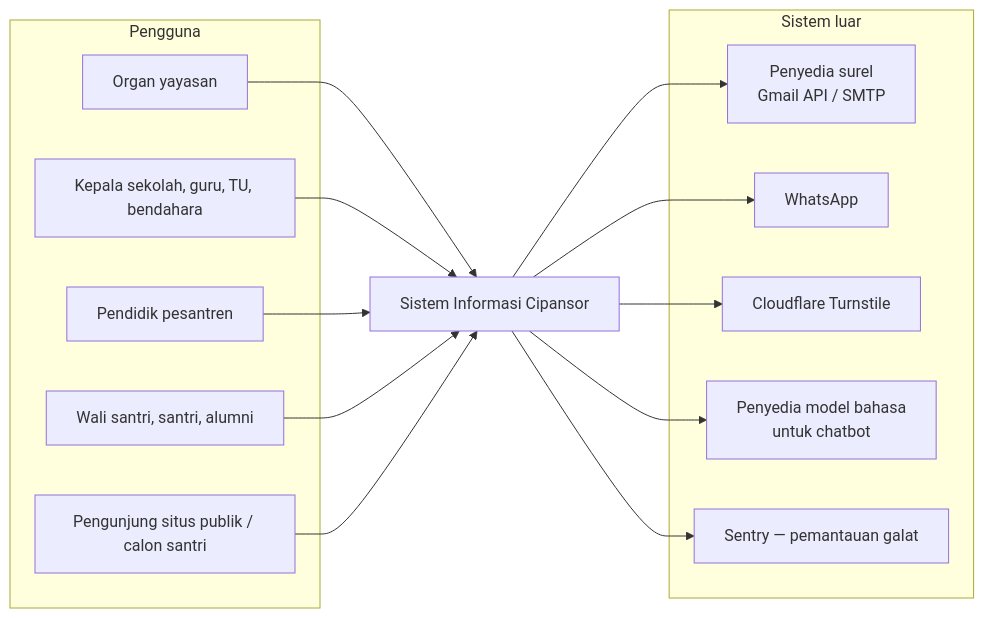
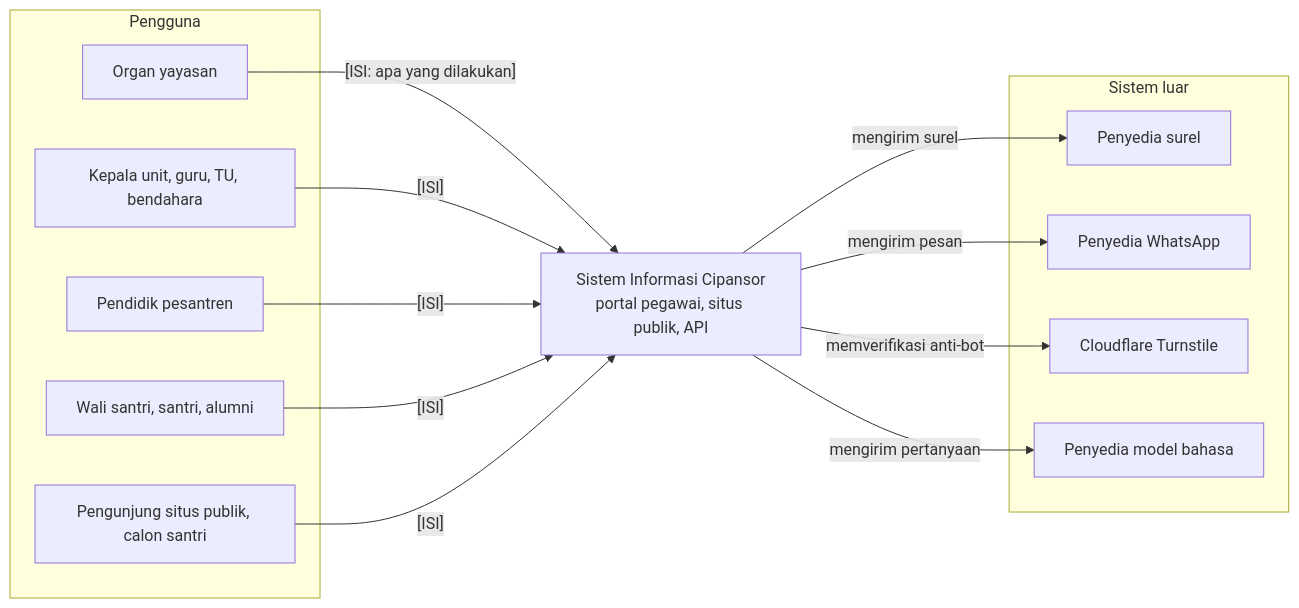
The first of 6 diagrams in .claude/skills/dokumen-aplikasi-cipansor/assets/template-teknis.md (ypcipansor/cipansor), drawn with Mermaid before and after one commit. The commit also changed other lines of this file and 68 other files, not shown here.

````diff
--- a/.claude/skills/dokumen-aplikasi-cipansor/assets/template-teknis.md
+++ b/.claude/skills/dokumen-aplikasi-cipansor/assets/template-teknis.md
@@ -56,29 +81,27 @@
 ```mermaid
-%% caption: Konteks sistem — siapa dan apa yang berinteraksi dengan Cipansor
+%% caption: C4-1 Konteks — siapa memakai Cipansor dan sistem luar mana yang dipanggilnya
 flowchart LR
-  subgraph Pengguna
-    U1[Organ yayasan]
-    U2[Kepala sekolah, guru, TU, bendahara]
-    U3[Pendidik pesantren]
-    U4[Wali santri, santri, alumni]
-    U5[Pengunjung situs publik / calon santri]
+  subgraph Pengguna["Pengguna"]
+    U1["Organ yayasan"]
+    U2["Kepala unit, guru, TU, bendahara"]
+    U3["Pendidik pesantren"]
+    U4["Wali santri, santri, alumni"]
+    U5["Pengunjung situs publik, calon santri"]
   end
-  C[Sistem Informasi Cipansor]
-  subgraph Sistem luar
-    E1[Penyedia surel<br/>Gmail API / SMTP]
-    E2[WhatsApp]
-    E3[Cloudflare Turnstile]
-    E4[Penyedia model bahasa<br/>untuk chatbot]
-    E5[Sentry — pemantauan galat]
+  C["Sistem Informasi Cipansor<br/>portal pegawai, situs publik, API"]
+  subgraph Luar["Sistem luar"]
+    E1["Penyedia surel"]
+    E2["Penyedia WhatsApp"]
+    E3["Cloudflare Turnstile"]
+    E4["Penyedia model bahasa"]
   end
-  U1 --> C
-  U2 --> C
-  U3 --> C
-  U4 --> C
-  U5 --> C
-  C --> E1
-  C --> E2
-  C --> E3
-  C --> E4
-  C --> E5
+  U1 -->|"[ISI: apa yang dilakukan]"| C
+  U2 -->|"[ISI]"| C
+  U3 -->|"[ISI]"| C
+  U4 -->|"[ISI]"| C
+  U5 -->|"[ISI]"| C
+  C -->|"mengirim surel"| E1
+  C -->|"mengirim pesan"| E2
+  C -->|"memverifikasi anti-bot"| E3
+  C -->|"mengirim pertanyaan"| E4
 ```
````
